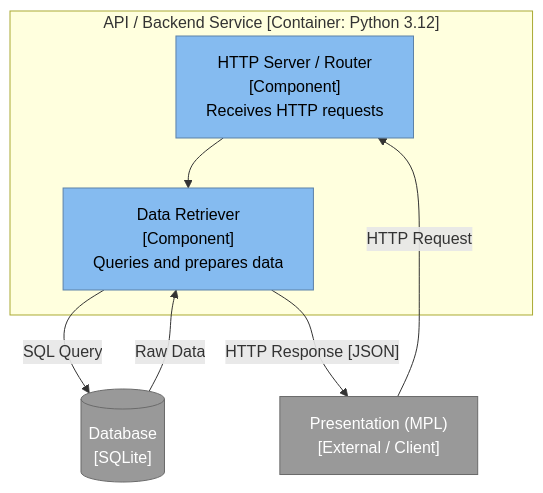
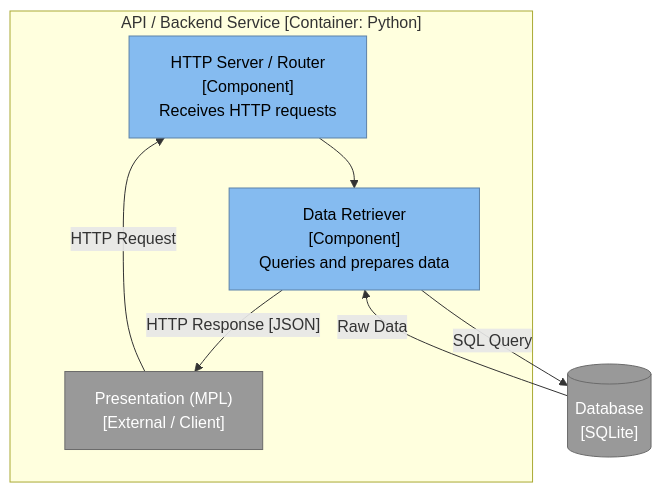
Before and after one commit to schusim/SW_engineeringProject: the fourth of 5 diagrams in docs/architecture.md, drawn with Mermaid. The commit also changed other lines of this file, not shown here.

Commit message:
docs[architecture]: docker container adjusted in the diagramm

````diff
--- a/docs/architecture.md
+++ b/docs/architecture.md
@@ -85,19 +90,20 @@
 ```mermaid
 flowchart TB
-    subgraph ApiService ["API / Backend Service [Container: Python 3.12]"]
+    subgraph ApiService ["API / Backend Service [Container: Python]"]
         router["HTTP Server / Router<br/>[Component]<br/>Receives HTTP requests"]
         retriever["Data Retriever<br/>[Component]<br/>Queries and prepares data"]
+        present["Presentation (MPL)<br/>[External / Client]"] -->|"HTTP Request"| router
     end
 
-    present["Presentation (MPL)<br/>[External / Client]"] -->|"HTTP Request"| router
+    
     router --> retriever
     retriever -->|"SQL Query"| db[("Database<br/>[SQLite]")]
     db -->|"Raw Data"| retriever
     retriever -->|"HTTP Response [JSON]"| present
 
     classDef container fill:#438dd5,stroke:#2e6295,color:#ffffff
     classDef component fill:#85bbf0,stroke:#5d82a8,color:#000000
     classDef external fill:#999999,stroke:#6b6b6b,color:#ffffff
     class router,retriever component
     class db,present external
 ```
````
